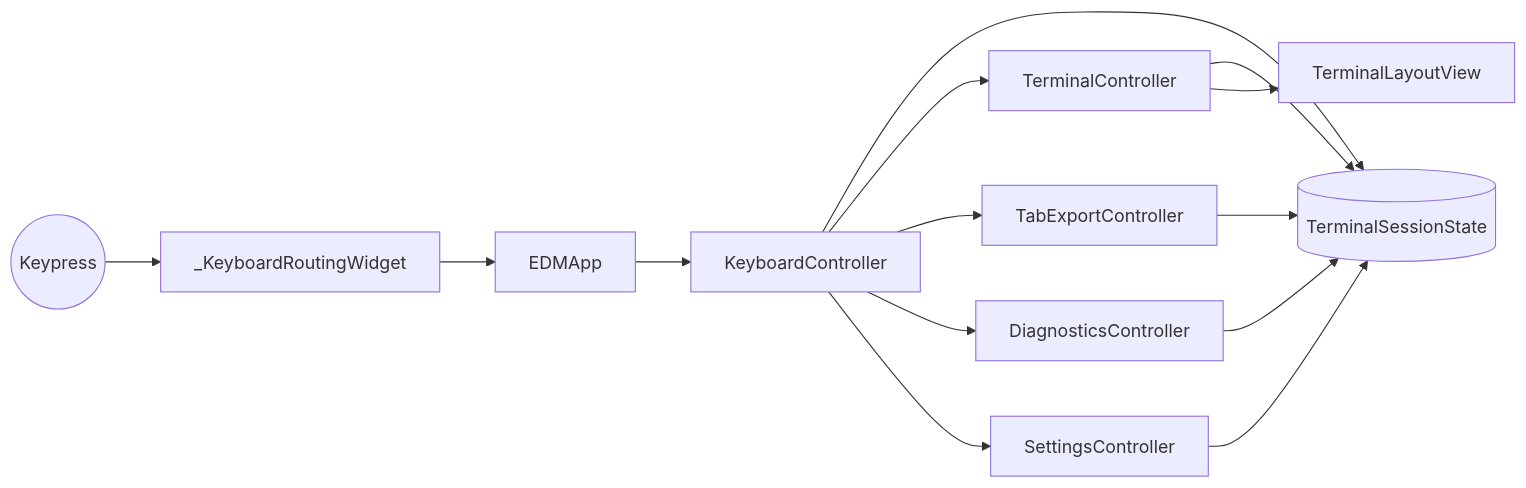
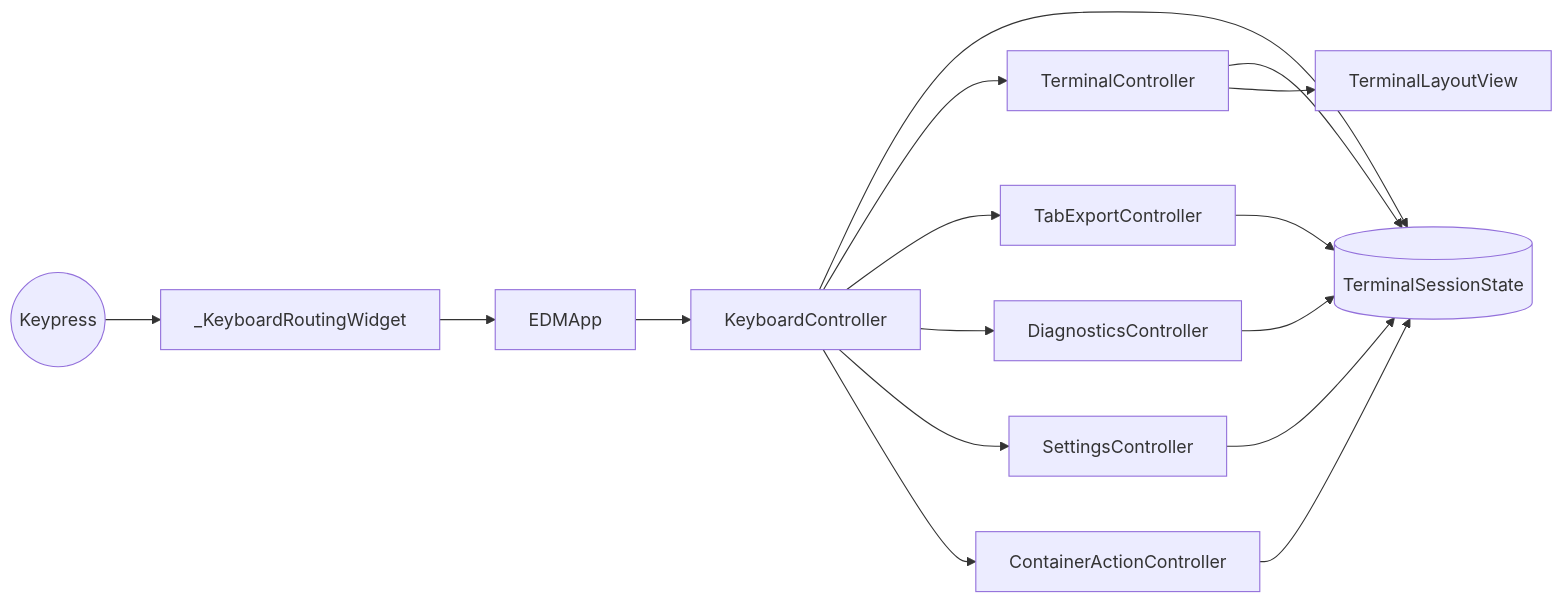
Before and after one commit to arabnejad/edm: the third of 5 diagrams in DEVELOPMENT_GUIDE.md, drawn with Mermaid. The commit also changed other lines of this file and 24 other files, not shown here.

Commit message:
Add container stop and restart actions (#55)

````diff
--- a/DEVELOPMENT_GUIDE.md
+++ b/DEVELOPMENT_GUIDE.md
@@ -275,25 +292,28 @@
 ```mermaid
 flowchart LR
     Key((Keypress))
     Root[_KeyboardRoutingWidget]
     App[EDMApp]
     Keyboard[KeyboardController]
     UI[TerminalController]
     Export[TabExportController]
     Diagnostics[DiagnosticsController]
     Settings[SettingsController]
+    Actions[ContainerActionController]
     State[(TerminalSessionState)]
     View[TerminalLayoutView]
 
     Key --> Root --> App --> Keyboard
     Keyboard --> State
     Keyboard --> UI
     Keyboard --> Export
     Keyboard --> Diagnostics
     Keyboard --> Settings
+    Keyboard --> Actions
     UI --> State
     Export --> State
     Diagnostics --> State
     Settings --> State
+    Actions --> State
     UI --> View
 ```
````
